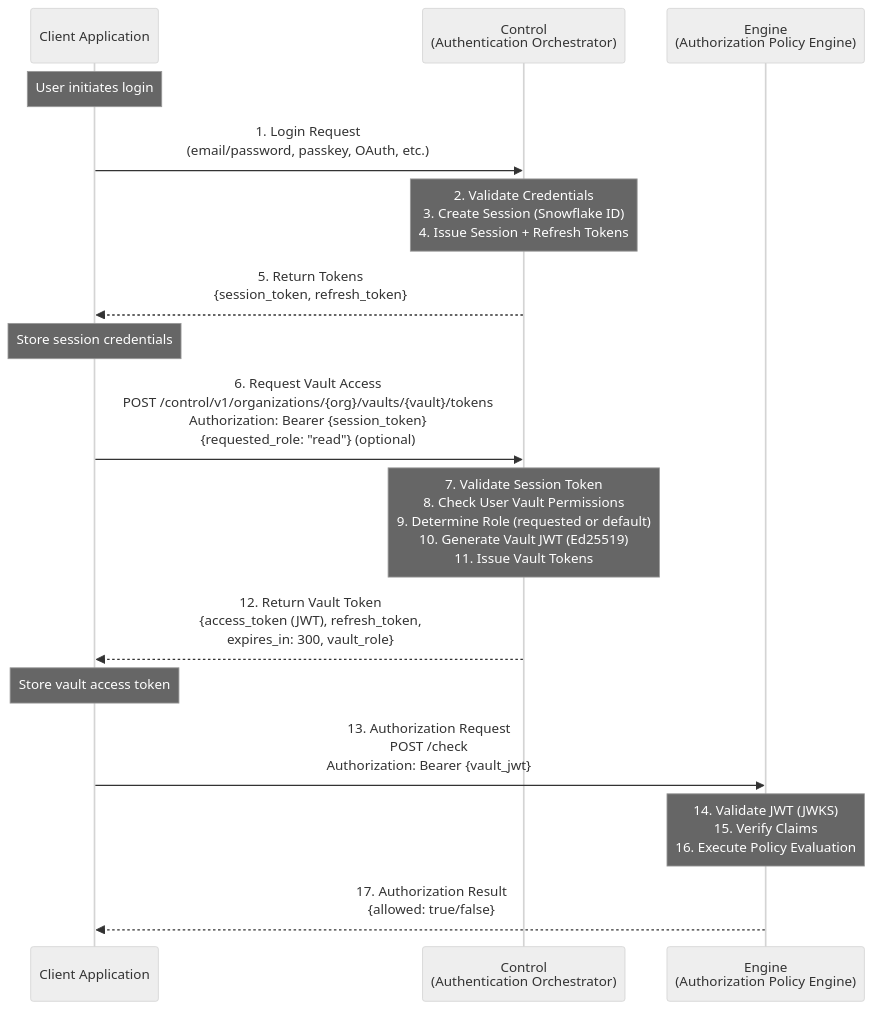
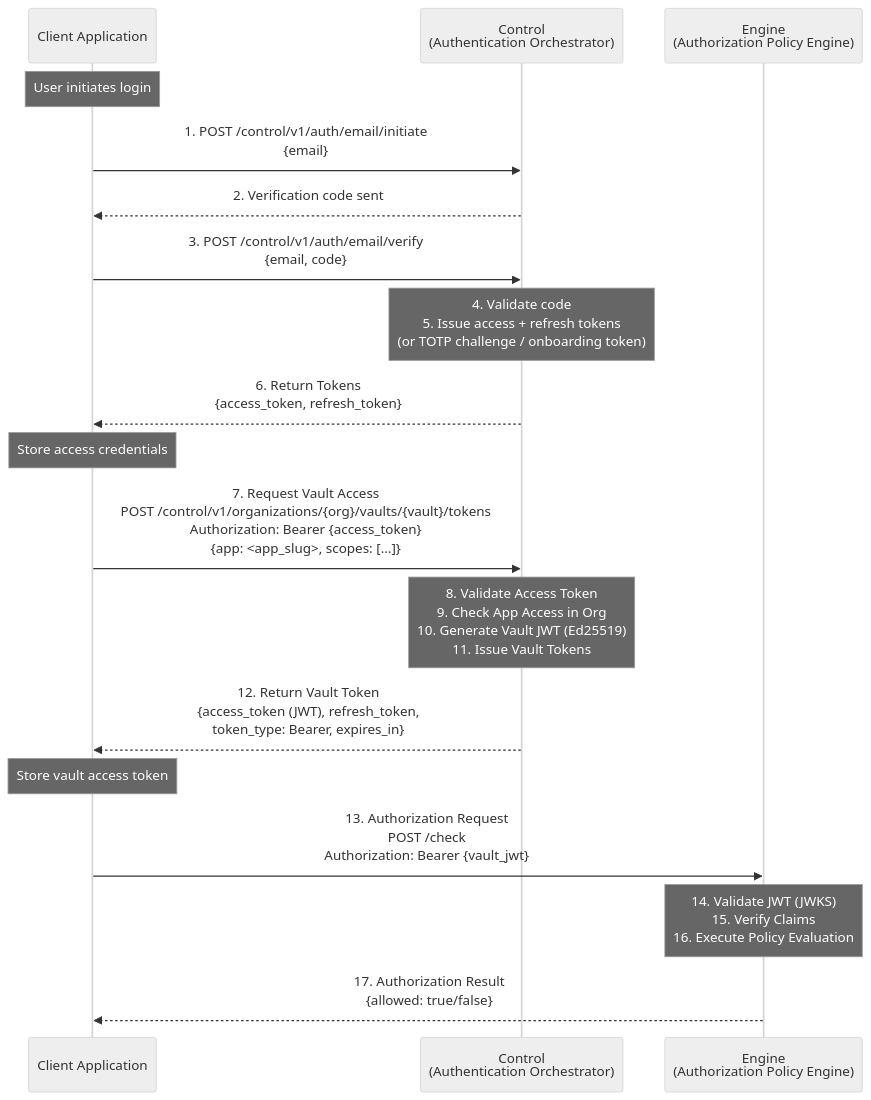
Before and after one commit to inferadb/control: the first of 8 diagrams in docs/authentication.md, drawn with Mermaid (neutral theme). The commit also changed other lines of this file and 46 other files, not shown here.

````diff
--- a/docs/authentication.md
+++ b/docs/authentication.md
@@ -92,29 +92,32 @@
 ```mermaid
 sequenceDiagram
     participant Client as Client Application
     participant MgmtAPI as Control<br/>(Authentication Orchestrator)
     participant ServerAPI as Engine<br/>(Authorization Policy Engine)
 
     Note over Client: User initiates login
-    Client->>MgmtAPI: 1. Login Request<br/>(email/password, passkey, OAuth, etc.)
+    Client->>MgmtAPI: 1. POST /control/v1/auth/email/initiate<br/>{email}
+    MgmtAPI-->>Client: 2. Verification code sent
 
-    Note over MgmtAPI: 2. Validate Credentials<br/>3. Create Session (Snowflake ID)<br/>4. Issue Session + Refresh Tokens
+    Client->>MgmtAPI: 3. POST /control/v1/auth/email/verify<br/>{email, code}
 
-    MgmtAPI-->>Client: 5. Return Tokens<br/>{session_token, refresh_token}
+    Note over MgmtAPI: 4. Validate code<br/>5. Issue access + refresh tokens<br/>(or TOTP challenge / onboarding token)
 
-    Note over Client: Store session credentials
+    MgmtAPI-->>Client: 6. Return Tokens<br/>{access_token, refresh_token}
 
-    Client->>MgmtAPI: 6. Request Vault Access<br/>POST /control/v1/organizations/{org}/vaults/{vault}/tokens<br/>Authorization: Bearer {session_token}<br/>{requested_role: "read"} (optional)
+    Note over Client: Store access credentials
 
-    Note over MgmtAPI: 7. Validate Session Token<br/>8. Check User Vault Permissions<br/>9. Determine Role (requested or default)<br/>10. Generate Vault JWT (Ed25519)<br/>11. Issue Vault Tokens
+    Client->>MgmtAPI: 7. Request Vault Access<br/>POST /control/v1/organizations/{org}/vaults/{vault}/tokens<br/>Authorization: Bearer {access_token}<br/>{app: <app_slug>, scopes: [...]}
 
-    MgmtAPI-->>Client: 12. Return Vault Token<br/>{access_token (JWT), refresh_token,<br/>expires_in: 300, vault_role}
+    Note over MgmtAPI: 8. Validate Access Token<br/>9. Check App Access in Org<br/>10. Generate Vault JWT (Ed25519)<br/>11. Issue Vault Tokens
+
+    MgmtAPI-->>Client: 12. Return Vault Token<br/>{access_token (JWT), refresh_token,<br/>token_type: Bearer, expires_in}
 
     Note over Client: Store vault access token
 
     Client->>ServerAPI: 13. Authorization Request<br/>POST /check<br/>Authorization: Bearer {vault_jwt}
 
     Note over ServerAPI: 14. Validate JWT (JWKS)<br/>15. Verify Claims<br/>16. Execute Policy Evaluation
 
     ServerAPI-->>Client: 17. Authorization Result<br/>{allowed: true/false}
 ```
````
